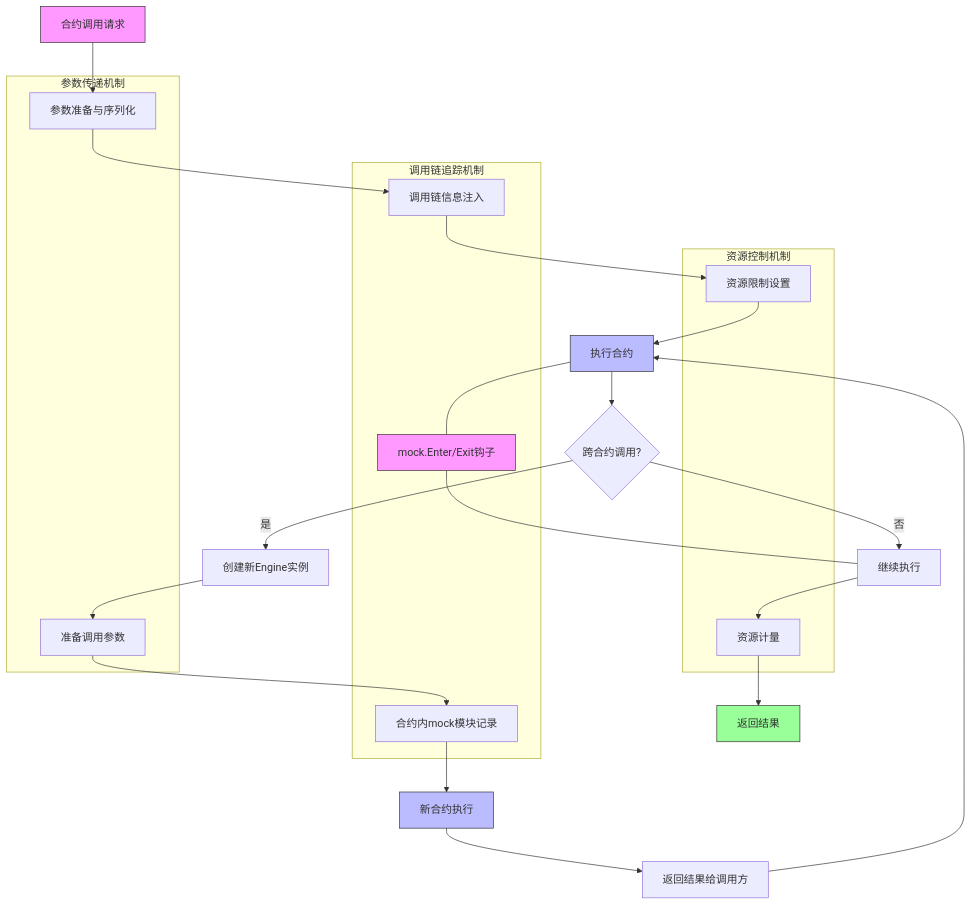
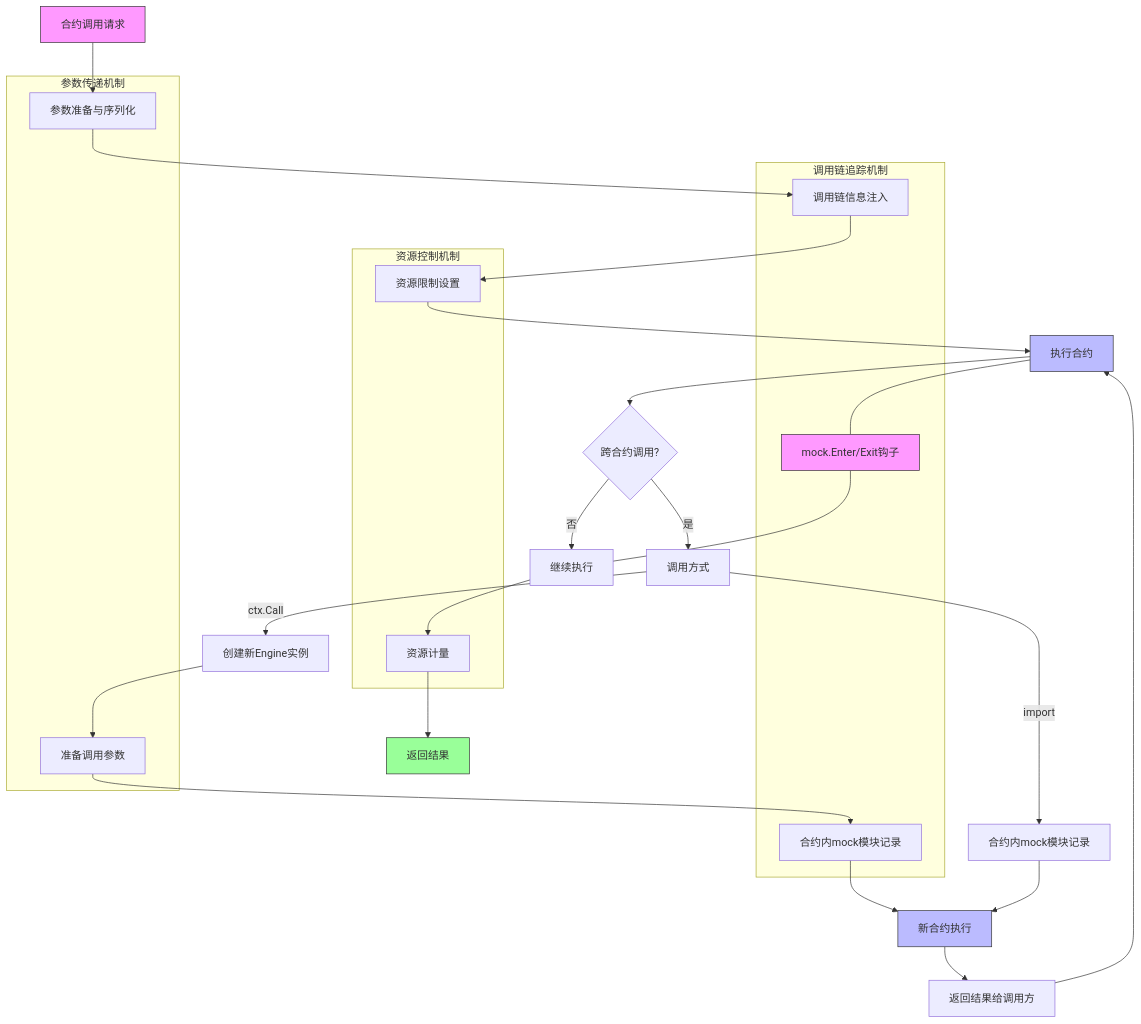
Before and after one commit to govm-net/vm: the fifth of 6 diagrams in docs/wasm_contract_execution.md, drawn with Mermaid. The commit also changed other lines of this file and 4 other files, not shown here.

````diff
--- a/docs/wasm_contract_execution.md
+++ b/docs/wasm_contract_execution.md
@@ -1152,44 +994,47 @@
 ```mermaid
 flowchart TD
     A[合约调用请求] --> B[参数准备与序列化]
     B --> C[调用链信息注入]
     C --> D[资源限制设置]
     D --> E[执行合约]
     
     E --> F{跨合约调用?}
-    F -- 是 --> G[创建新Engine实例]
+    F -- 是 --> F1[调用方式]
+    F1 -- import --> F2[合约内mock模块记录]
+    F1 -- ctx.Call --> G[创建新Engine实例]
     G --> H[准备调用参数]
     H --> I[合约内mock模块记录]
     I --> J[新合约执行]
+    F2--> J
     J --> K[返回结果给调用方]
     K --> E
     
     F -- 否 --> L[继续执行]
     L --> M[资源计量]
     M --> N[返回结果]
     
     subgraph 调用链追踪机制
         C
         I
         O[mock.Enter/Exit钩子]
     end
     
     E --- O
     O --- L
     
     subgraph 参数传递机制
         B
         H
     end
     
     subgraph 资源控制机制
         D
         M
     end
     
     style A fill:#f9f,stroke:#333
     style E fill:#bbf,stroke:#333
     style N fill:#9f9,stroke:#333
     style O fill:#f9f,stroke:#333
     style J fill:#bbf,stroke:#333
 ```
````
